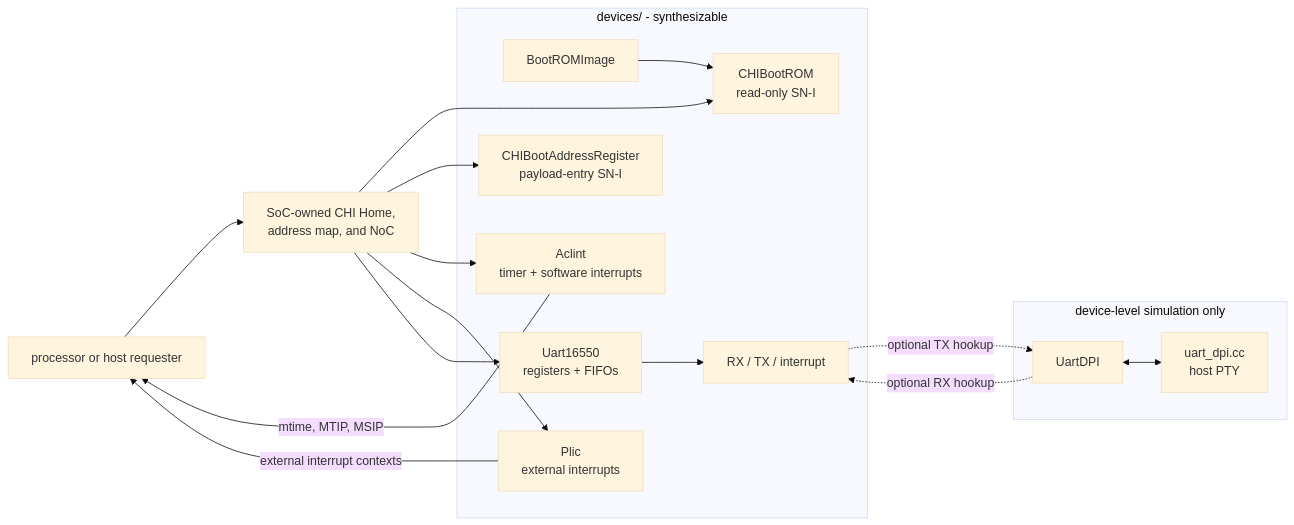
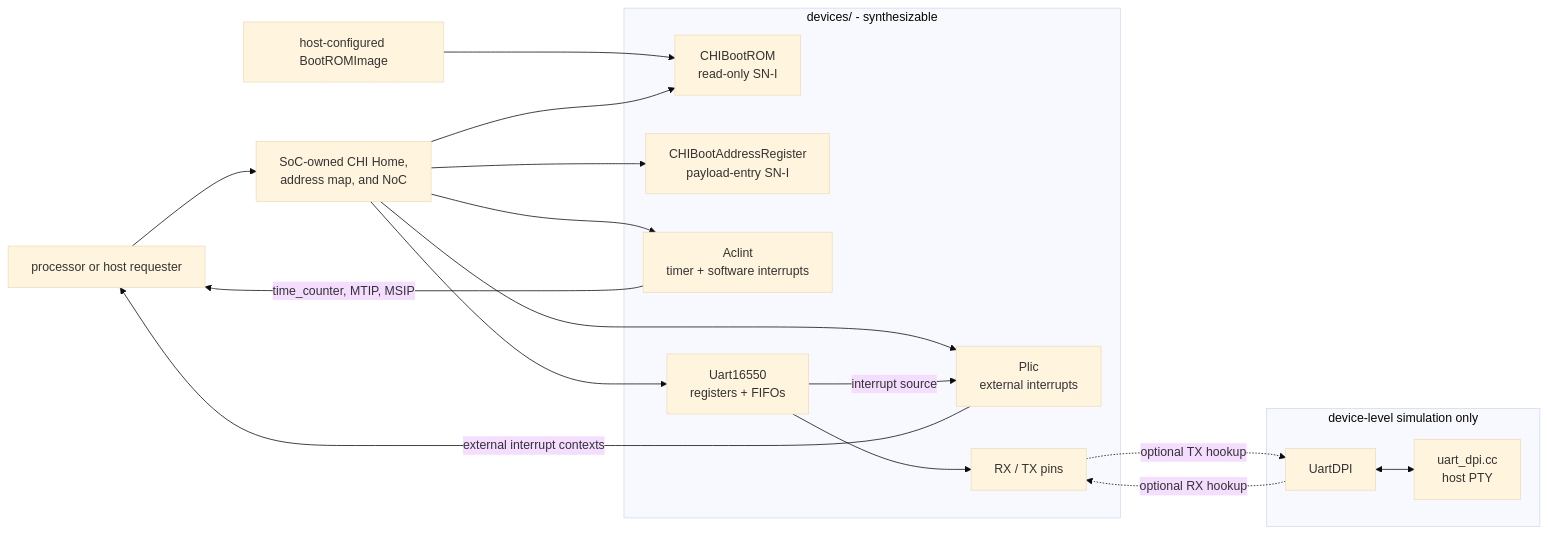
One commit to jerryz123/rhodium changed the first of 3 diagrams in devices/README.md. Above: the diagram before and after it, drawn with Mermaid (base theme). The commit also changed other lines of this file, not shown here.

````diff
--- a/devices/README.md
+++ b/devices/README.md
@@ -142,27 +65,29 @@
 ```mermaid
 flowchart LR
   Requester["processor or host requester"] --> Home["SoC-owned CHI Home,<br/>address map, and NoC"]
+  Image["host-configured BootROMImage"] --> Boot
 
   subgraph Hardware["devices/ - synthesizable"]
-    Image["BootROMImage"] --> Boot["CHIBootROM<br/>read-only SN-I"]
+    Boot["CHIBootROM<br/>read-only SN-I"]
     BootAddress["CHIBootAddressRegister<br/>payload-entry SN-I"]
     ACLINT["Aclint<br/>timer + software interrupts"]
     PLIC["Plic<br/>external interrupts"]
-    UART["Uart16550<br/>registers + FIFOs"] --> Pins["RX / TX / interrupt"]
+    UART["Uart16550<br/>registers + FIFOs"] --> Pins["RX / TX pins"]
   end
 
   Home --> Boot
   Home --> BootAddress
   Home --> ACLINT
   Home --> PLIC
   Home --> UART
-  ACLINT -->|"mtime, MTIP, MSIP"| Requester
+  ACLINT -->|"time_counter, MTIP, MSIP"| Requester
+  UART -->|"interrupt source"| PLIC
   PLIC -->|"external interrupt contexts"| Requester
 
   subgraph Simulation["device-level simulation only"]
     Model["UartDPI"] <--> PTY["uart_dpi.cc<br/>host PTY"]
   end
 
   Pins -.->|"optional TX hookup"| Model
   Model -.->|"optional RX hookup"| Pins
 ```
````
